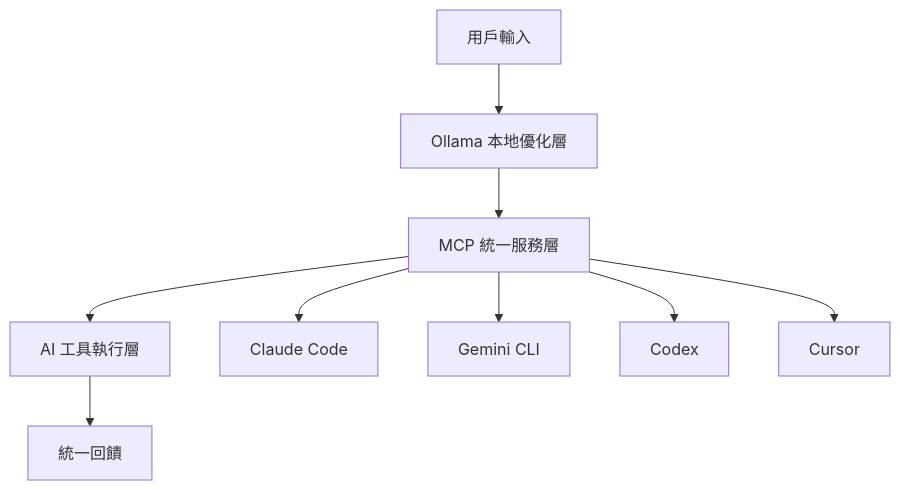
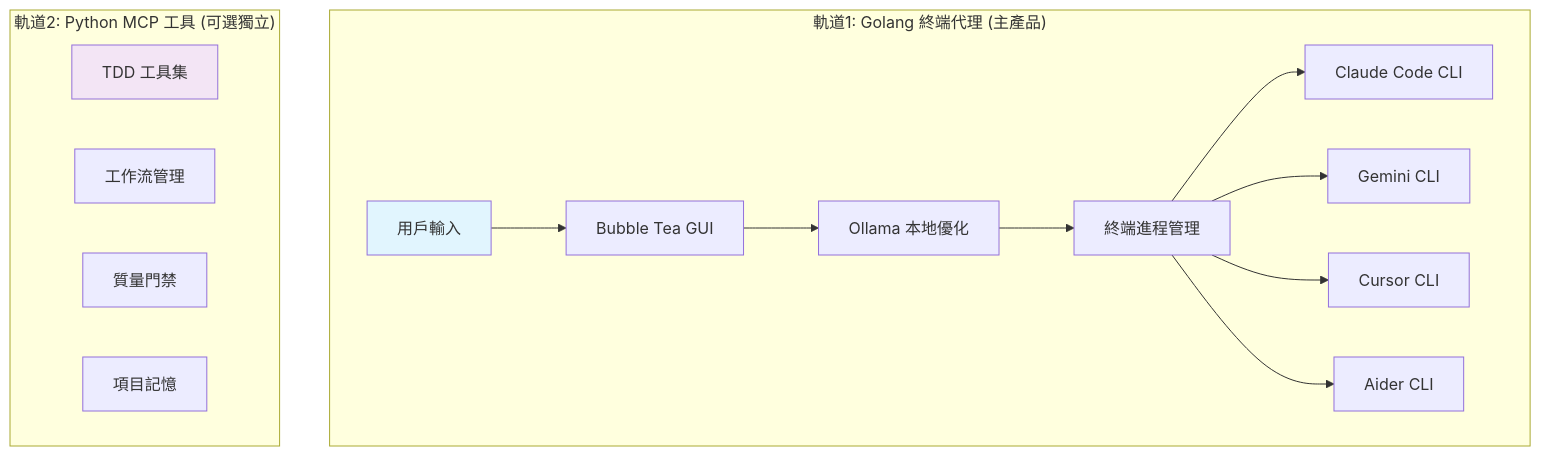
One commit to benntqoo/ADDP-Workflow changed the diagram in README.md. Above: the diagram before and after it, drawn with Mermaid. The commit also changed other lines of this file and 9 other files, not shown here.

````diff
--- a/README.md
+++ b/README.md
@@ -87,12 +82,22 @@
 ```mermaid
 graph TB
-    A[用戶輸入] --> B[Ollama 本地優化層]
-    B --> C[MCP 統一服務層]
-    C --> D[AI 工具執行層]
-    D --> E[統一回饋]
+    subgraph "軌道1: Golang 終端代理 (主產品)"
+        A[用戶輸入] --> B[Bubble Tea GUI]
+        B --> C[Ollama 本地優化]
+        C --> D[終端進程管理]
+        D --> E[Claude Code CLI]
+        D --> F[Gemini CLI]
+        D --> G[Cursor CLI]
+        D --> H[Aider CLI]
+    end
 
-    C --> F[Claude Code]
-    C --> G[Gemini CLI]
-    C --> H[Codex]
-    C --> I[Cursor]
+    subgraph "軌道2: Python MCP 工具 (可選獨立)"
+        I[TDD 工具集]
+        J[工作流管理]
+        K[質量門禁]
+        L[項目記憶]
+    end
+
+    style A fill:#e1f5fe
+    style I fill:#f3e5f5
 ```
````
